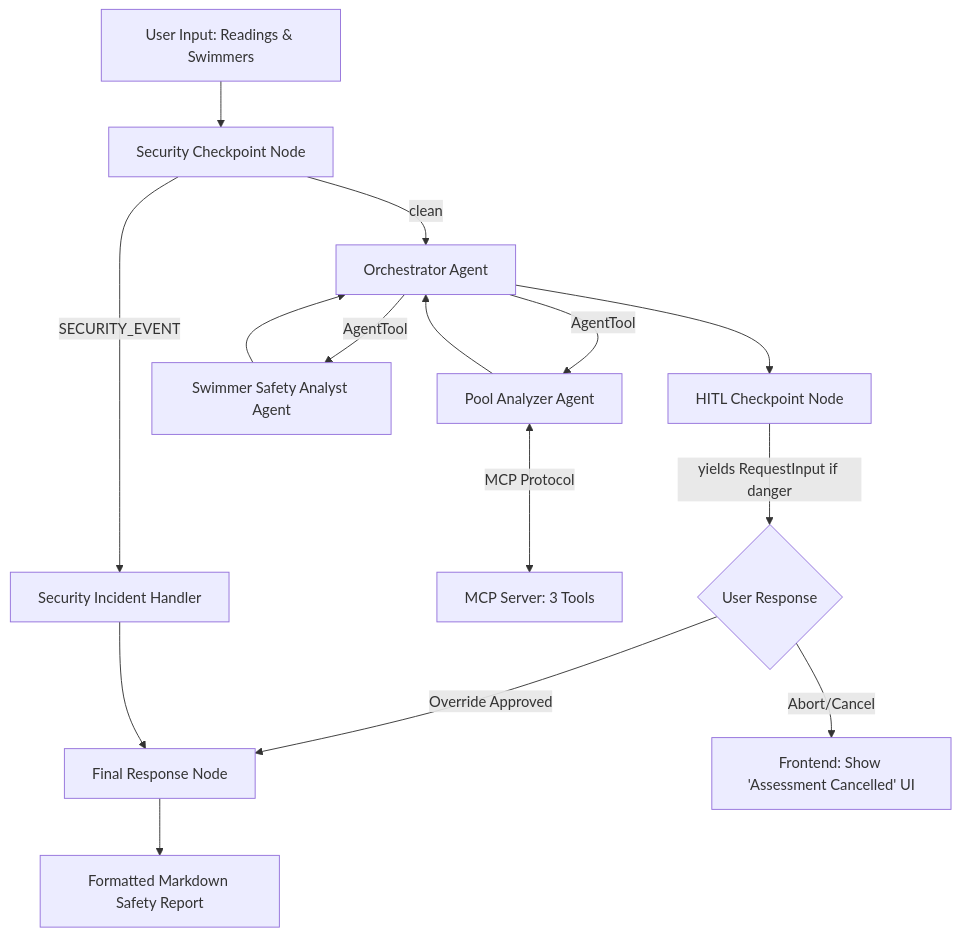
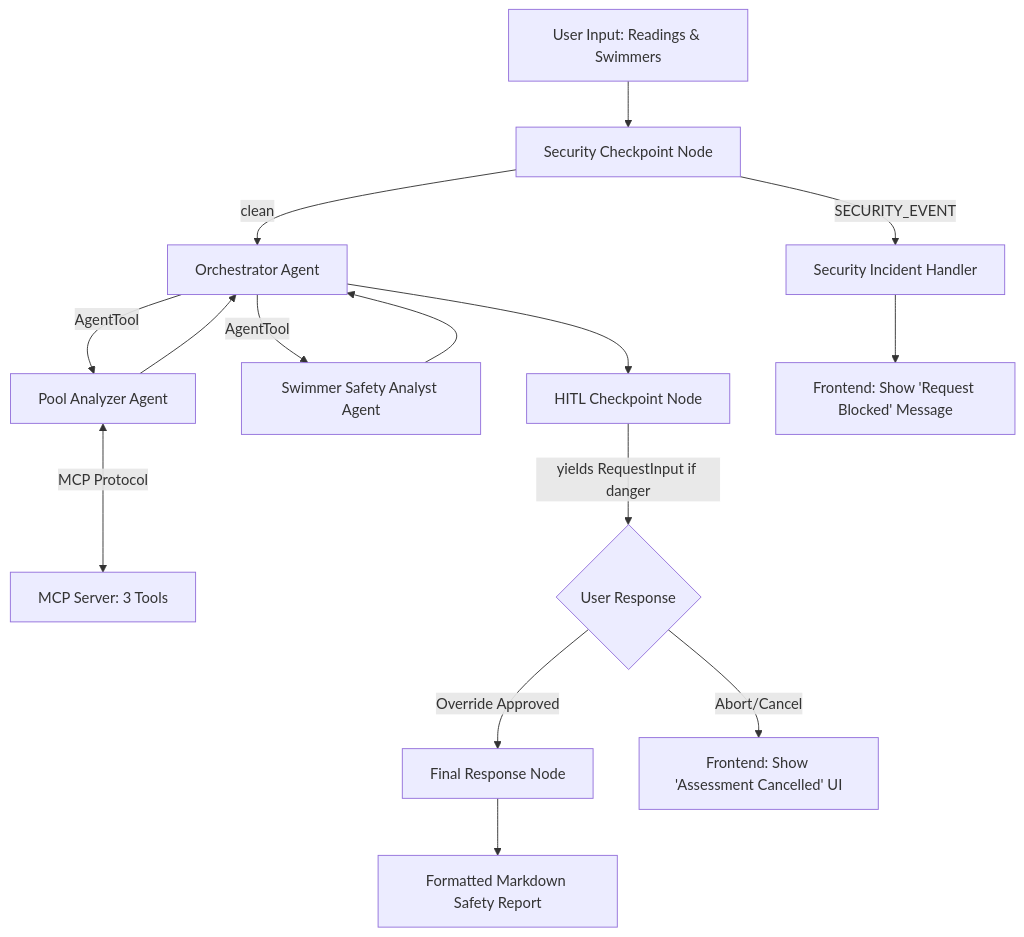
The diagram in README.md (sowmyaguda/SwimsafeAI), drawn with Mermaid before and after one commit.

Commit message:
Update Mermaid diagram security path to show direct request blocked message

````diff
--- a/README.md
+++ b/README.md
@@ -51,23 +51,23 @@
 ```mermaid
 graph TD
     START[User Input: Readings & Swimmers] --> SecCheck[Security Checkpoint Node]
     SecCheck -- SECURITY_EVENT --> SecHandler[Security Incident Handler]
     SecCheck -- clean --> Orch[Orchestrator Agent]
     
     Orch -->|AgentTool| PoolAna[Pool Analyzer Agent]
     Orch -->|AgentTool| SwimAna[Swimmer Safety Analyst Agent]
     
     PoolAna <-->|MCP Protocol| MCPServer[MCP Server: 3 Tools]
     
     PoolAna --> Orch
     SwimAna --> Orch
     
     Orch --> HITL[HITL Checkpoint Node]
     HITL -->|yields RequestInput if danger| UserConfirm{User Response}
     UserConfirm -->|Override Approved| FinalNode[Final Response Node]
     UserConfirm -->|Abort/Cancel| CancelUI[Frontend: Show 'Assessment Cancelled' UI]
     
-    SecHandler --> FinalNode
+    SecHandler --> BlockedUI[Frontend: Show 'Request Blocked' Message]
     
     FinalNode --> Output[Formatted Markdown Safety Report]
 ```
````
